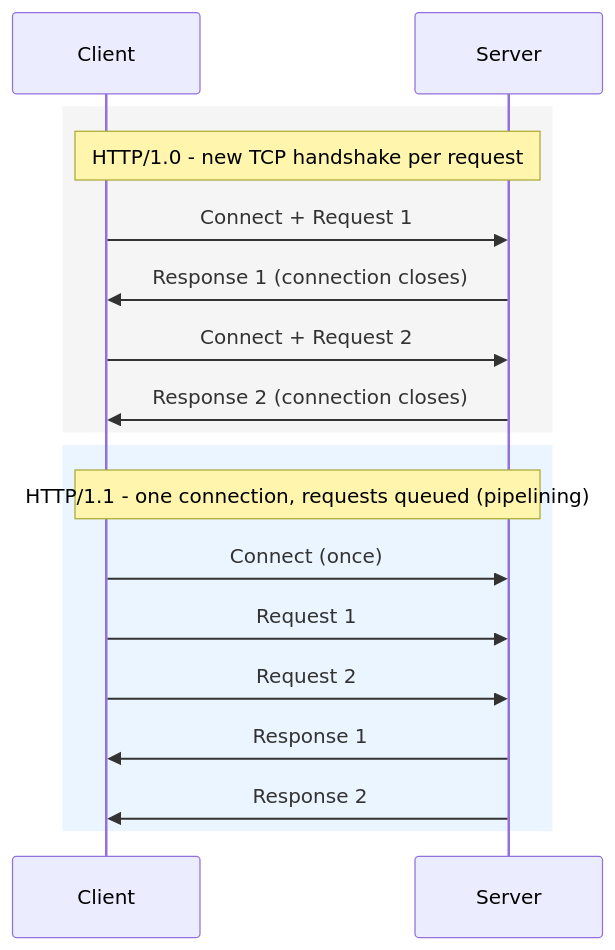
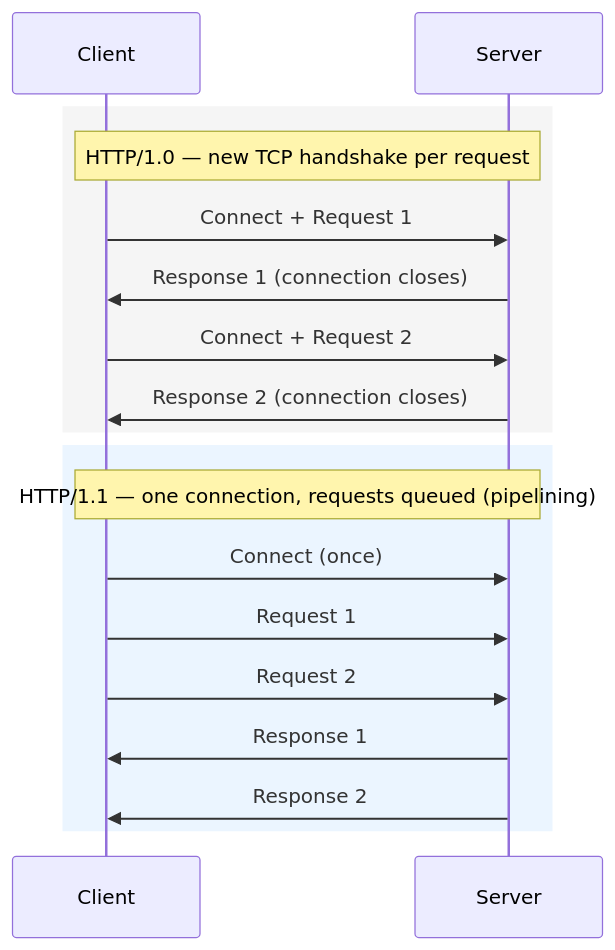
One commit to veenayaksirohi/DITISS changed the seventh of 13 diagrams in interview/http-evolution-interview-notes.md. Above: the diagram before and after it, drawn with Mermaid. The commit also changed other lines of this file and 3 other files, not shown here.

````diff
--- a/interview/http-evolution-interview-notes.md
+++ b/interview/http-evolution-interview-notes.md
@@ -171,20 +525,20 @@
 ```mermaid
 sequenceDiagram
     participant C as Client
     participant S as Server
     rect rgb(245,245,245)
-    Note over C,S: HTTP/1.0 - new TCP handshake per request
+    Note over C,S: HTTP/1.0 — new TCP handshake per request
     C->>S: Connect + Request 1
     S->>C: Response 1 (connection closes)
     C->>S: Connect + Request 2
     S->>C: Response 2 (connection closes)
     end
     rect rgb(235,245,255)
-    Note over C,S: HTTP/1.1 - one connection, requests queued (pipelining)
+    Note over C,S: HTTP/1.1 — one connection, requests queued (pipelining)
     C->>S: Connect (once)
     C->>S: Request 1
     C->>S: Request 2
     S->>C: Response 1
     S->>C: Response 2
     end
 ```
````
